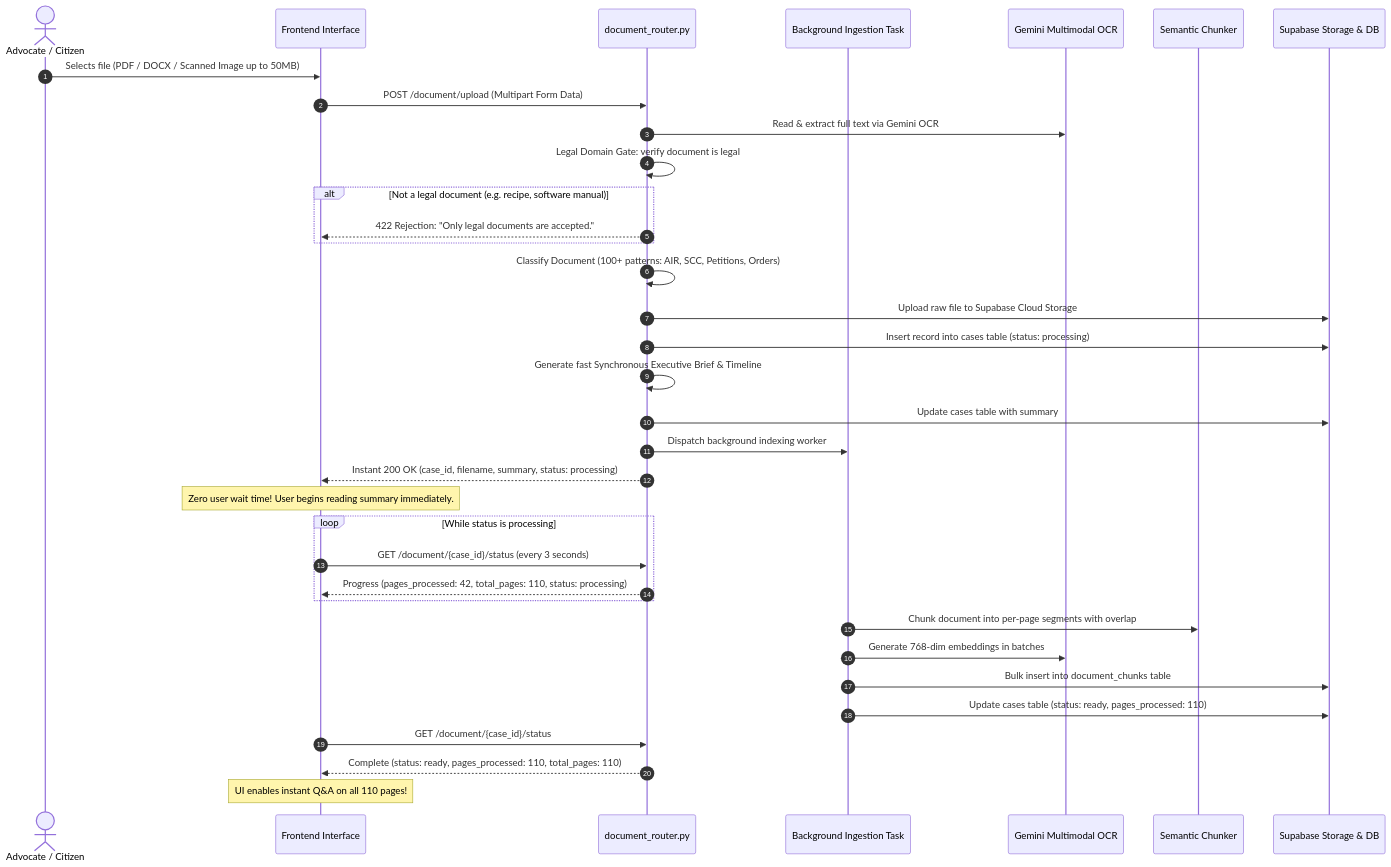
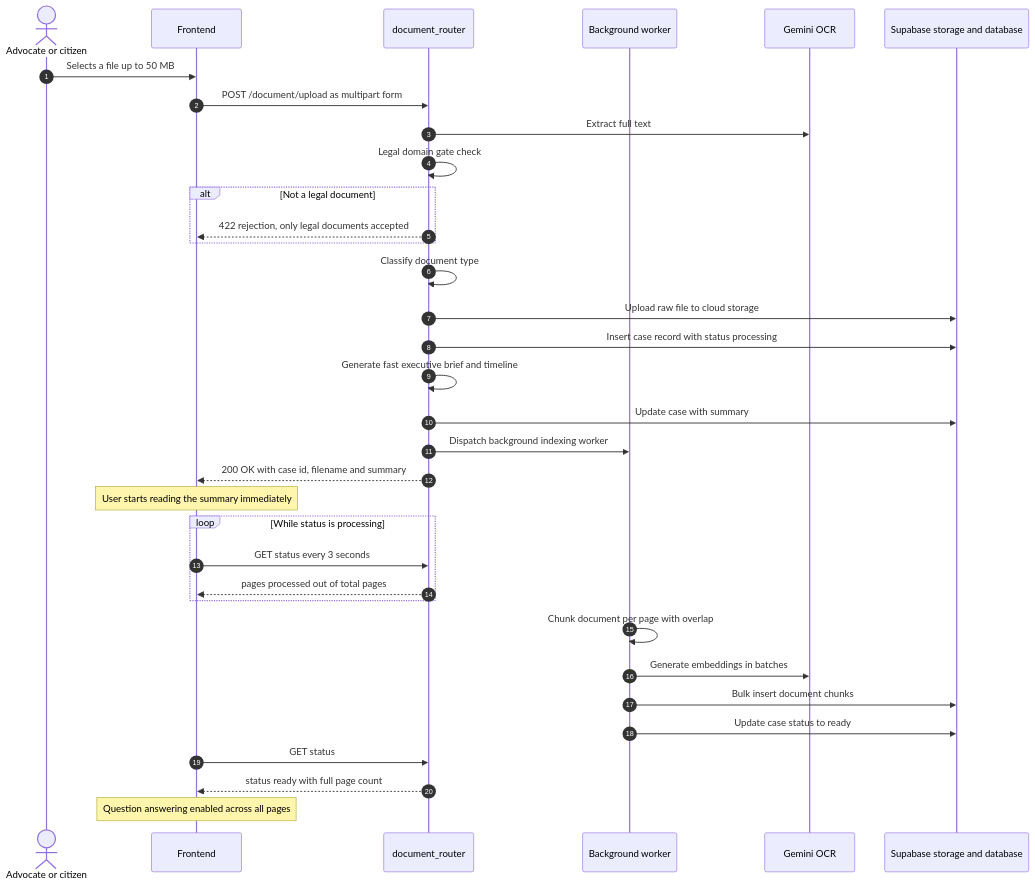
The eighth of 12 diagrams in README.md (tanisha-64/NyayaPramaan), drawn with Mermaid before and after one commit. The commit also changed other lines of this file, not shown here.

Commit message:
docs: fix all mermaid diagrams, update structure and add troubleshooting

````diff
--- a/README.md
+++ b/README.md
@@ -508,42 +480,41 @@
 ```mermaid
 sequenceDiagram
     autonumber
-    actor User as Advocate / Citizen
-    participant UI as Frontend Interface
-    participant Route as document_router.py
-    participant Worker as Background Ingestion Task
-    participant Gemini as Gemini Multimodal OCR
-    participant Chunker as Semantic Chunker
-    participant Store as Supabase Storage & DB
+    actor User as Advocate or citizen
+    participant UI as Frontend
+    participant Route as document_router
+    participant Worker as Background worker
+    participant Gemini as Gemini OCR
+    participant Store as Supabase storage and database
 
-    User->>UI: Selects file (PDF / DOCX / Scanned Image up to 50MB)
-    UI->>Route: POST /document/upload (Multipart Form Data)
-    Route->>Gemini: Read & extract full text via Gemini OCR
-    Route->>Route: Legal Domain Gate: verify document is legal
-    alt Not a legal document (e.g. recipe, software manual)
-        Route-->>UI: 422 Rejection: "Only legal documents are accepted."
+    User->>UI: Selects a file up to 50 MB
+    UI->>Route: POST /document/upload as multipart form
+    Route->>Gemini: Extract full text
+    Route->>Route: Legal domain gate check
+    alt Not a legal document
+        Route-->>UI: 422 rejection, only legal documents accepted
     end
 
-    Route->>Route: Classify Document (100+ patterns: AIR, SCC, Petitions, Orders)
-    Route->>Store: Upload raw file to Supabase Cloud Storage
-    Route->>Store: Insert record into cases table (status: processing)
-    Route->>Route: Generate fast Synchronous Executive Brief & Timeline
-    Route->>Store: Update cases table with summary
+    Route->>Route: Classify document type
+    Route->>Store: Upload raw file to cloud storage
+    Route->>Store: Insert case record with status processing
+    Route->>Route: Generate fast executive brief and timeline
+    Route->>Store: Update case with summary
     Route->>Worker: Dispatch background indexing worker
-    Route-->>UI: Instant 200 OK (case_id, filename, summary, status: processing)
-    Note over UI: Zero user wait time! User begins reading summary immediately.
+    Route-->>UI: 200 OK with case id, filename and summary
+    Note over UI: User starts reading the summary immediately
 
     loop While status is processing
-        UI->>Route: GET /document/{case_id}/status (every 3 seconds)
-        Route-->>UI: Progress (pages_processed: 42, total_pages: 110, status: processing)
+        UI->>Route: GET status every 3 seconds
+        Route-->>UI: pages processed out of total pages
     end
 
-    Worker->>Chunker: Chunk document into per-page segments with overlap
-    Worker->>Gemini: Generate 768-dim embeddings in batches
-    Worker->>Store: Bulk insert into document_chunks table
-    Worker->>Store: Update cases table (status: ready, pages_processed: 110)
+    Worker->>Worker: Chunk document per page with overlap
+    Worker->>Gemini: Generate embeddings in batches
+    Worker->>Store: Bulk insert document chunks
+    Worker->>Store: Update case status to ready
 
-    UI->>Route: GET /document/{case_id}/status
-    Route-->>UI: Complete (status: ready, pages_processed: 110, total_pages: 110)
-    Note over UI: UI enables instant Q&A on all 110 pages!
+    UI->>Route: GET status
+    Route-->>UI: status ready with full page count
+    Note over UI: Question answering enabled across all pages
 ```
````
